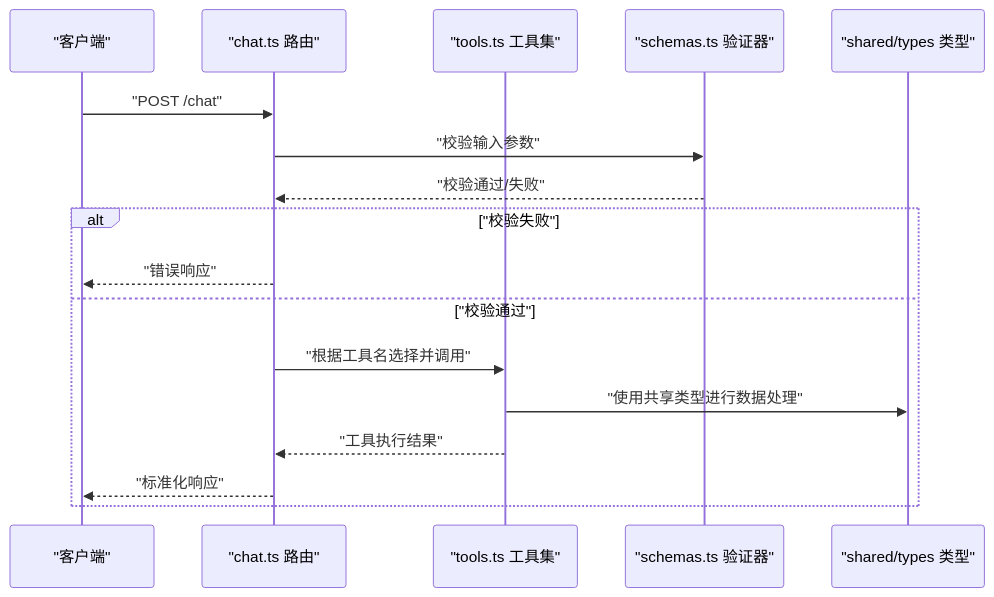
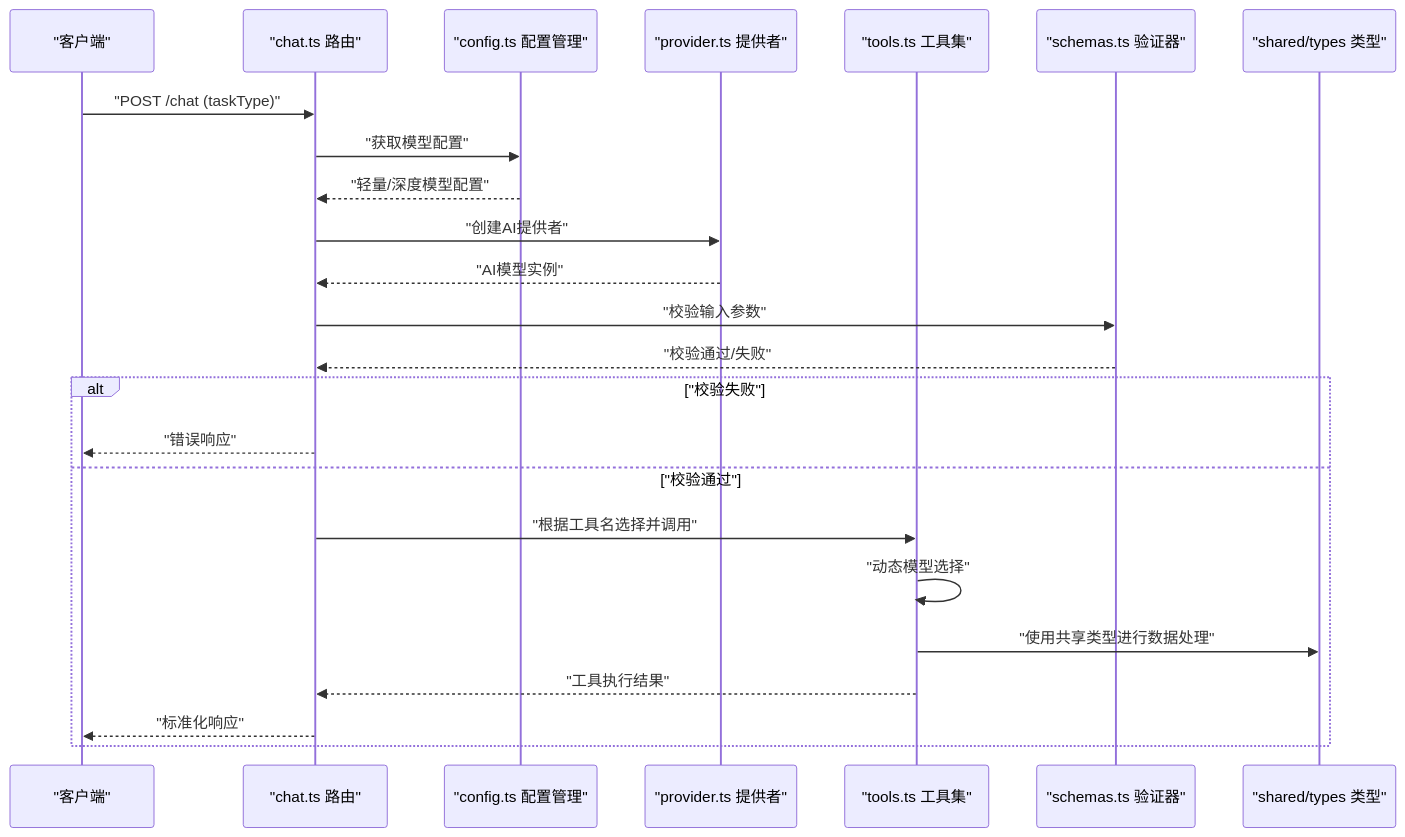
Before and after one commit to aHin0805/FH6CarSettingAgent: the second of 8 diagrams in .qoder/repowiki/zh/content/AI集成模块/工具集成.md, drawn with Mermaid. The commit also changed other lines of this file and 59 other files, not shown here.

````diff
--- a/.qoder/repowiki/zh/content/AI集成模块/工具集成.md
+++ b/.qoder/repowiki/zh/content/AI集成模块/工具集成.md
@@ -113,19 +128,26 @@
 ```mermaid
 sequenceDiagram
 participant Client as "客户端"
 participant Route as "chat.ts 路由"
+participant Config as "config.ts 配置管理"
+participant Provider as "provider.ts 提供者"
 participant Tools as "tools.ts 工具集"
 participant Schemas as "schemas.ts 验证器"
 participant Types as "shared/types 类型"
-Client->>Route : "POST /chat"
+Client->>Route : "POST /chat (taskType)"
+Route->>Config : "获取模型配置"
+Config-->>Route : "轻量/深度模型配置"
+Route->>Provider : "创建AI提供者"
+Provider-->>Route : "AI模型实例"
 Route->>Schemas : "校验输入参数"
 Schemas-->>Route : "校验通过/失败"
 alt "校验失败"
 Route-->>Client : "错误响应"
 else "校验通过"
 Route->>Tools : "根据工具名选择并调用"
+Tools->>Tools : "动态模型选择"
 Tools->>Types : "使用共享类型进行数据处理"
 Tools-->>Route : "工具执行结果"
 Route-->>Client : "标准化响应"
 end
 ```
````
